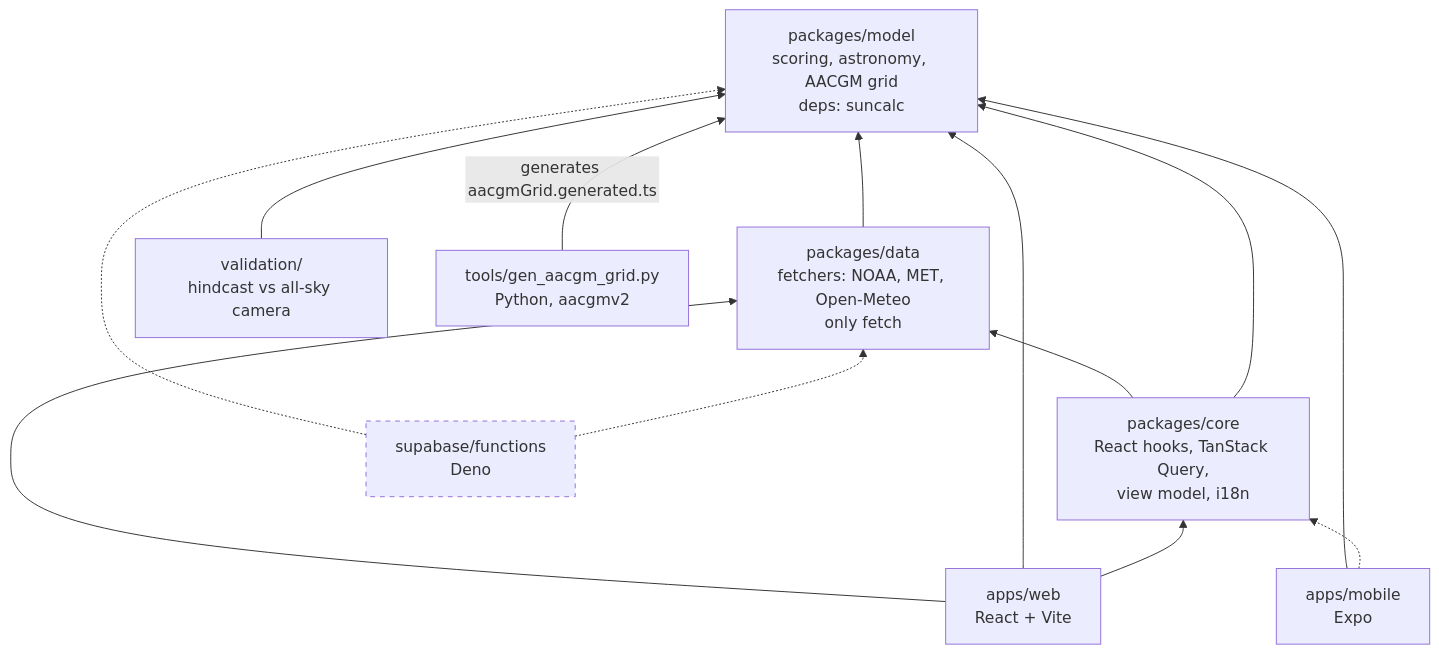
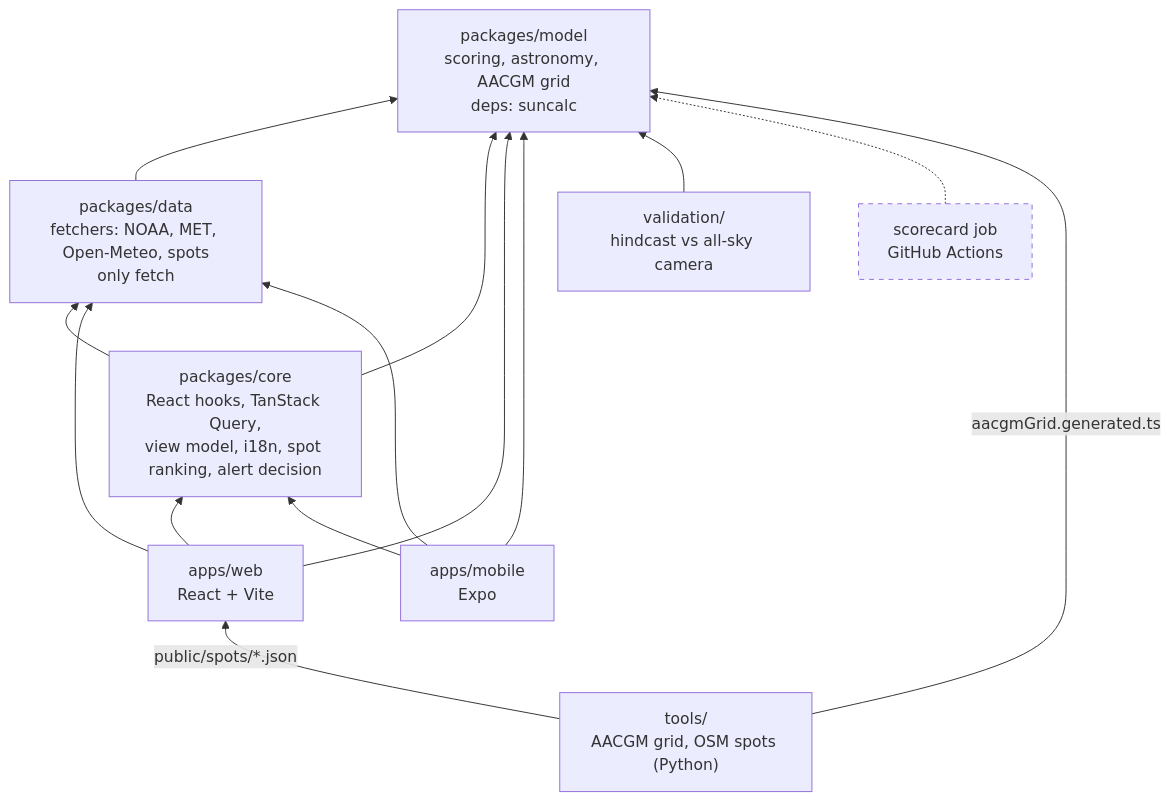
One commit to Tang3n/aurora-tonight changed the diagram in docs/diagrams/03-packages.md. Above: the diagram before and after it, drawn with Mermaid. The commit also changed other lines of this file and 22 other files, not shown here.

````diff
--- a/docs/diagrams/03-packages.md
+++ b/docs/diagrams/03-packages.md
@@ -10,26 +11,27 @@
 ```mermaid
 flowchart BT
     model["packages/model<br/>scoring, astronomy, AACGM grid<br/>deps: suncalc"]
-    data["packages/data<br/>fetchers: NOAA, MET, Open-Meteo<br/>only fetch"]
-    core["packages/core<br/>React hooks, TanStack Query,<br/>view model, i18n"]
+    data["packages/data<br/>fetchers: NOAA, MET, Open-Meteo, spots<br/>only fetch"]
+    core["packages/core<br/>React hooks, TanStack Query,<br/>view model, i18n, spot ranking, alert decision"]
     web["apps/web<br/>React + Vite"]
     mobile["apps/mobile<br/>Expo"]
     validation["validation/<br/>hindcast vs all-sky camera"]
-    tools["tools/gen_aacgm_grid.py<br/>Python, aacgmv2"]
-    edge["supabase/functions<br/>Deno"]:::planned
+    tools["tools/<br/>AACGM grid, OSM spots (Python)"]
+    scorecard["scorecard job<br/>GitHub Actions"]:::planned
 
     data --> model
     core --> data
     core --> model
+    web --> core
     web --> data
     web --> model
-    web --> core
+    mobile --> core
+    mobile --> data
     mobile --> model
-    mobile -.-> core
     validation --> model
-    edge -.-> model
-    edge -.-> data
-    tools -- "generates aacgmGrid.generated.ts" --> model
+    scorecard -.-> model
+    tools -- "aacgmGrid.generated.ts" --> model
+    tools -- "public/spots/*.json" --> web
 
     classDef planned stroke-dasharray: 5 5
 ```
````
